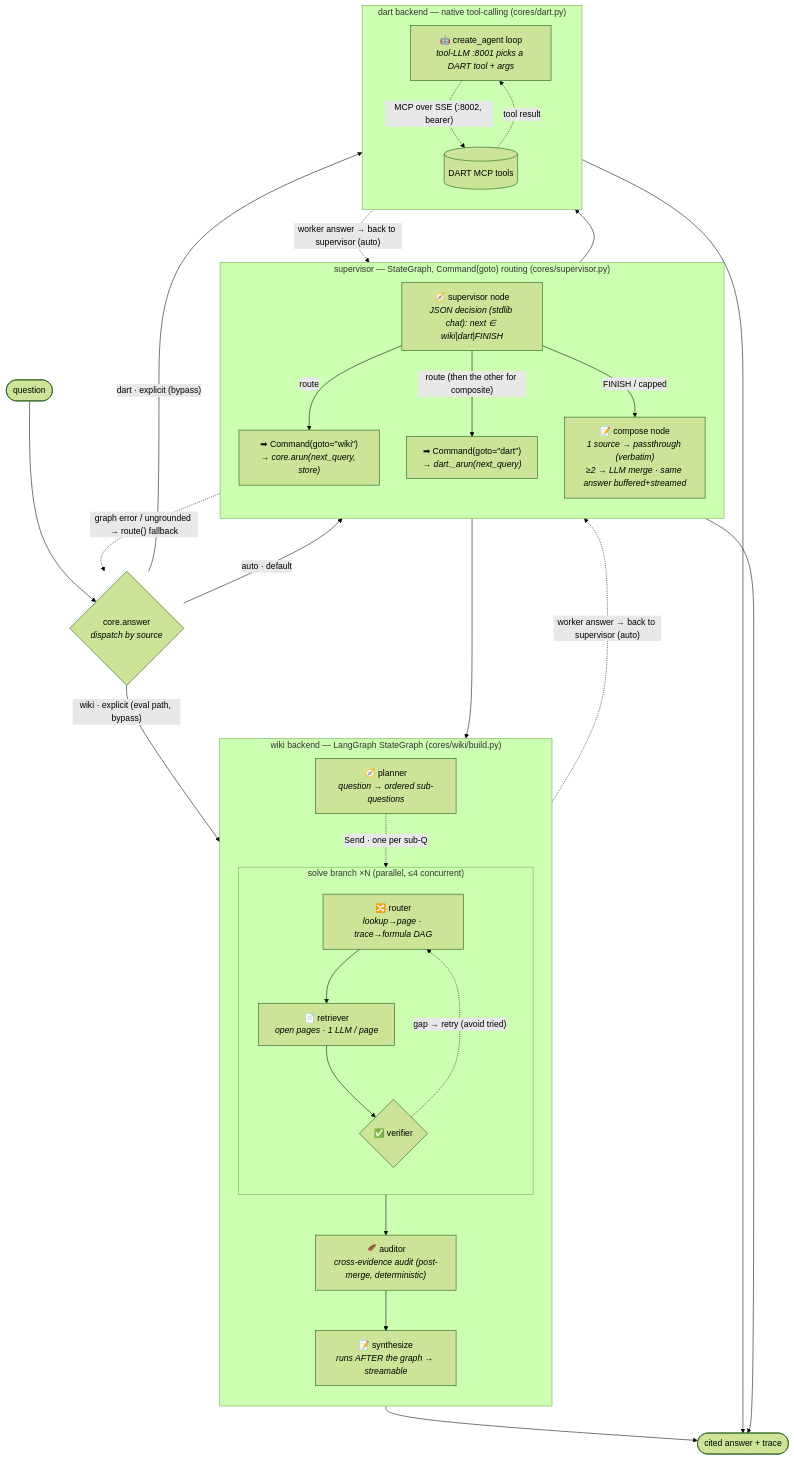
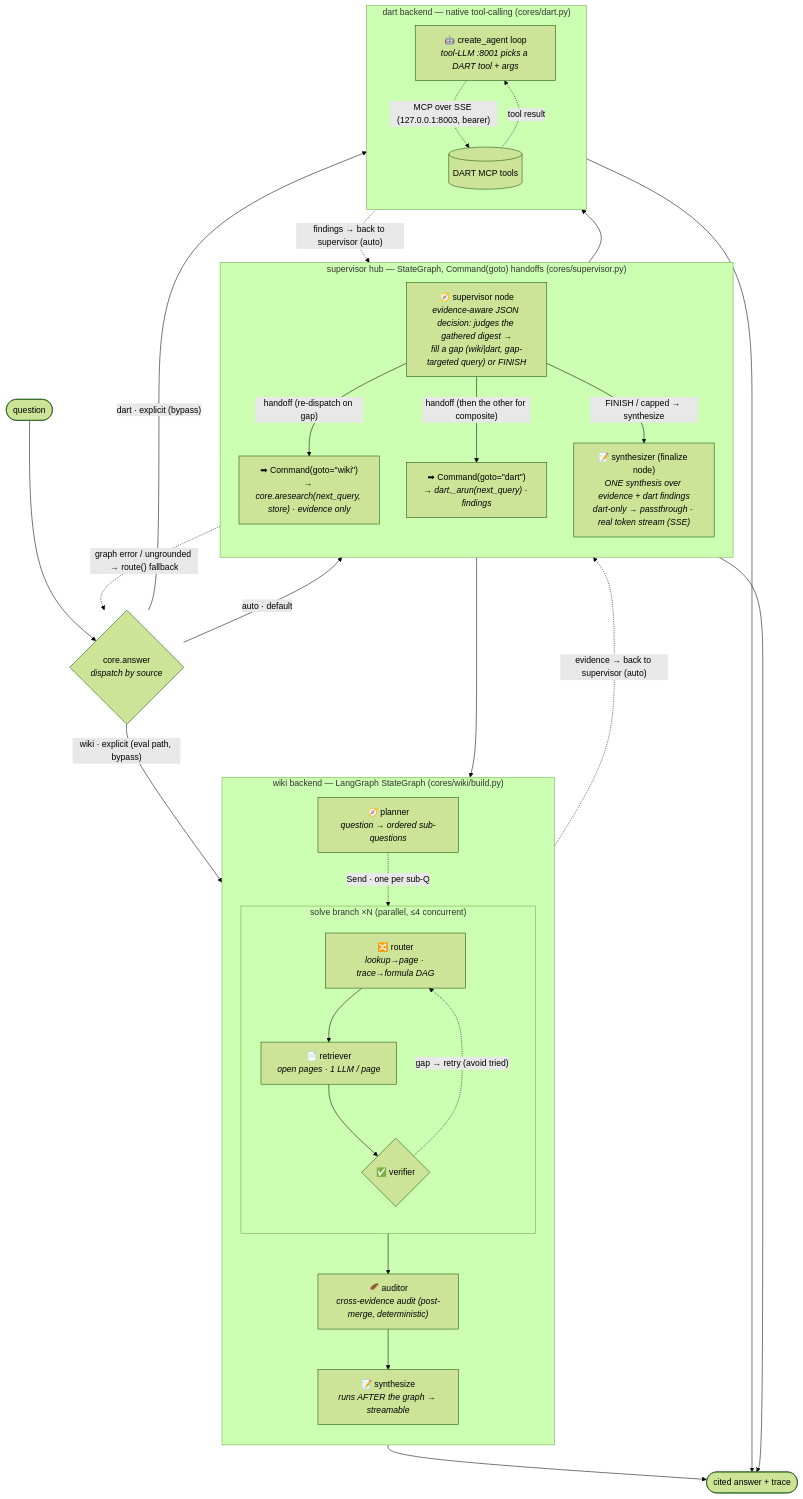
One commit to hl-hyunju-park/MA changed the first of 3 diagrams in docs/agent_graph.md. Above: the diagram before and after it, drawn with Mermaid (forest theme). The commit also changed other lines of this file and 50 other files, not shown here.

````diff
--- a/docs/agent_graph.md
+++ b/docs/agent_graph.md
@@ -44,50 +44,50 @@
 ```mermaid
 flowchart TD;
   Q(["question"]) --> AN{"core.answer<br/><i>dispatch by source</i>"};
   AN -- "auto · default" --> SUP;
   AN -- "wiki · explicit (eval path, bypass)" --> WIKI;
   AN -- "dart · explicit (bypass)" --> DART;
 
-  subgraph SUP["supervisor — StateGraph, Command(goto) routing (cores/supervisor.py)"];
+  subgraph SUP["supervisor hub — StateGraph, Command(goto) handoffs (cores/supervisor.py)"];
     direction TB;
-    SA["🧭 supervisor node<br/><i>JSON decision (stdlib chat): next ∈ wiki|dart|FINISH</i>"];
-    TW["➡ Command(goto=&quot;wiki&quot;)<br/><i>→ core.arun(next_query, store)</i>"];
-    TD["➡ Command(goto=&quot;dart&quot;)<br/><i>→ dart._arun(next_query)</i>"];
-    SA -- "route" --> TW;
-    SA -- "route (then the other for composite)" --> TD;
-    SA -- "FINISH / capped" --> SC["📝 compose node<br/><i>1 source → passthrough (verbatim)<br/>≥2 → LLM merge · same answer buffered+streamed</i>"];
+    SA["🧭 supervisor node<br/><i>evidence-aware JSON decision: judges the gathered digest →<br/>fill a gap (wiki|dart, gap-targeted query) or FINISH</i>"];
+    TW["➡ Command(goto=&quot;wiki&quot;)<br/><i>→ core.aresearch(next_query, store) · evidence only</i>"];
+    TD["➡ Command(goto=&quot;dart&quot;)<br/><i>→ dart._arun(next_query) · findings</i>"];
+    SA -- "handoff (re-dispatch on gap)" --> TW;
+    SA -- "handoff (then the other for composite)" --> TD;
+    SA -- "FINISH / capped → synthesize" --> SC["📝 synthesizer (finalize node)<br/><i>ONE synthesis over evidence + dart findings<br/>dart-only → passthrough · real token stream (SSE)</i>"];
   end;
   SUP -. "graph error / ungrounded → route() fallback" .-> AN;
 
   TW --> WIKI;
   TD --> DART;
 
   subgraph WIKI["wiki backend — LangGraph StateGraph (cores/wiki/build.py)"];
     direction TB;
     P["🧭 planner<br/><i>question → ordered sub-questions</i>"];
     subgraph SB["solve branch ×N (parallel, ≤4 concurrent)"];
       direction TB;
       R["🔀 router<br/><i>lookup→page · trace→formula DAG</i>"] --> TR["📄 retriever<br/><i>open pages · 1 LLM / page</i>"];
       TR --> V{"✅ verifier"};
       V -. "gap → retry (avoid tried)" .-> R;
     end;
     P -. "Send · one per sub-Q" .-> SB;
     SB --> AU["🪶 auditor<br/><i>cross-evidence audit (post-merge, deterministic)</i>"];
     AU --> SY["📝 synthesize<br/><i>runs AFTER the graph → streamable</i>"];
   end;
 
   subgraph DART["dart backend — native tool-calling (cores/dart.py)"];
     direction TB;
     DA["🤖 create_agent loop<br/><i>tool-LLM :8001 picks a DART tool + args</i>"];
     DT[("DART MCP tools")];
-    DA -. "MCP over SSE (:8002, bearer)" .-> DT;
+    DA -. "MCP over SSE (127.0.0.1:8003, bearer)" .-> DT;
     DT -. "tool result" .-> DA;
   end;
 
-  WIKI -. "worker answer → back to supervisor (auto)" .-> SA;
-  DART -. "worker answer → back to supervisor (auto)" .-> SA;
+  WIKI -. "evidence → back to supervisor (auto)" .-> SA;
+  DART -. "findings → back to supervisor (auto)" .-> SA;
 
   SC --> A(["cited answer + trace"]);
   WIKI --> A;
   DART --> A;
 ```
````
